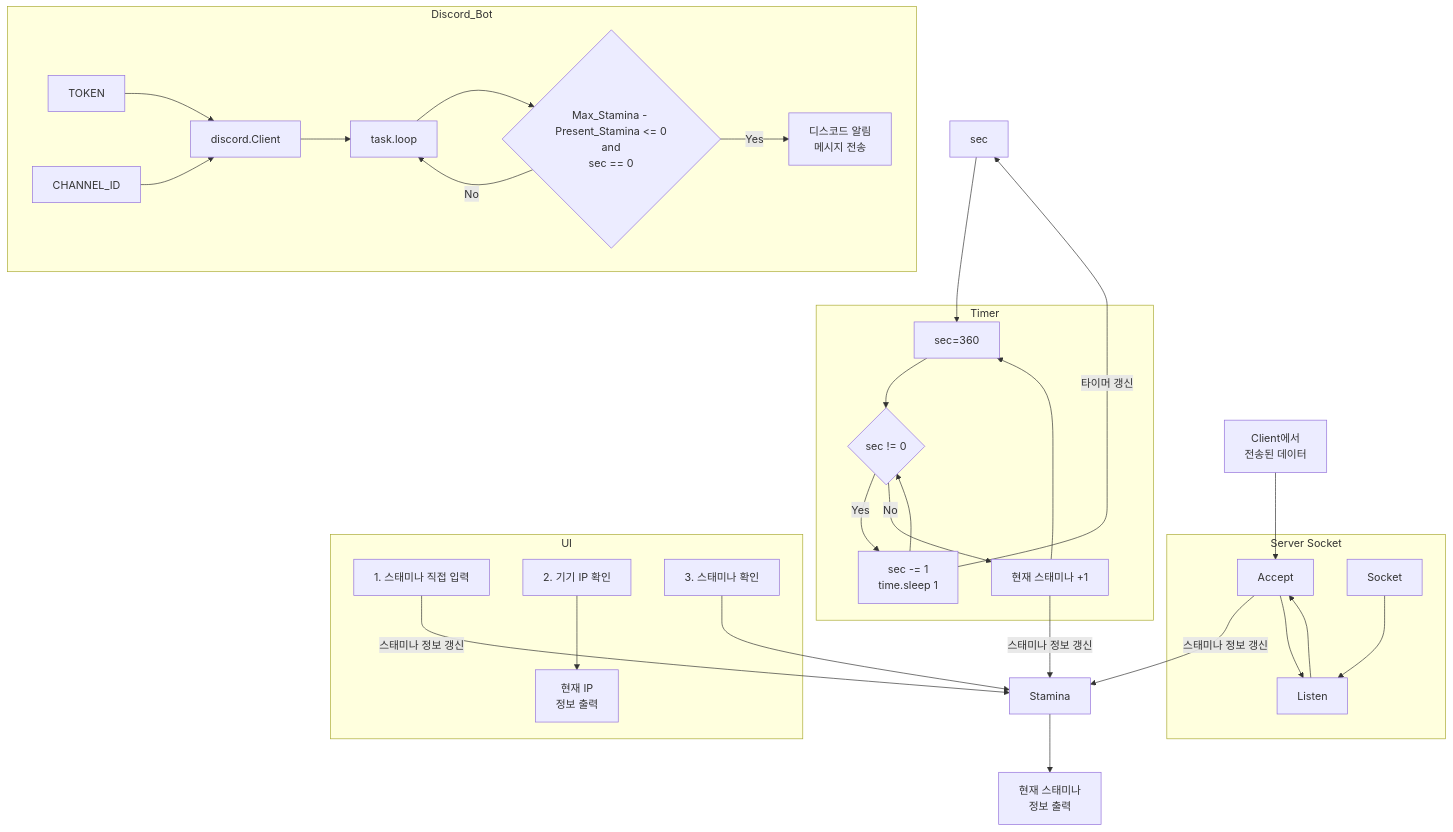
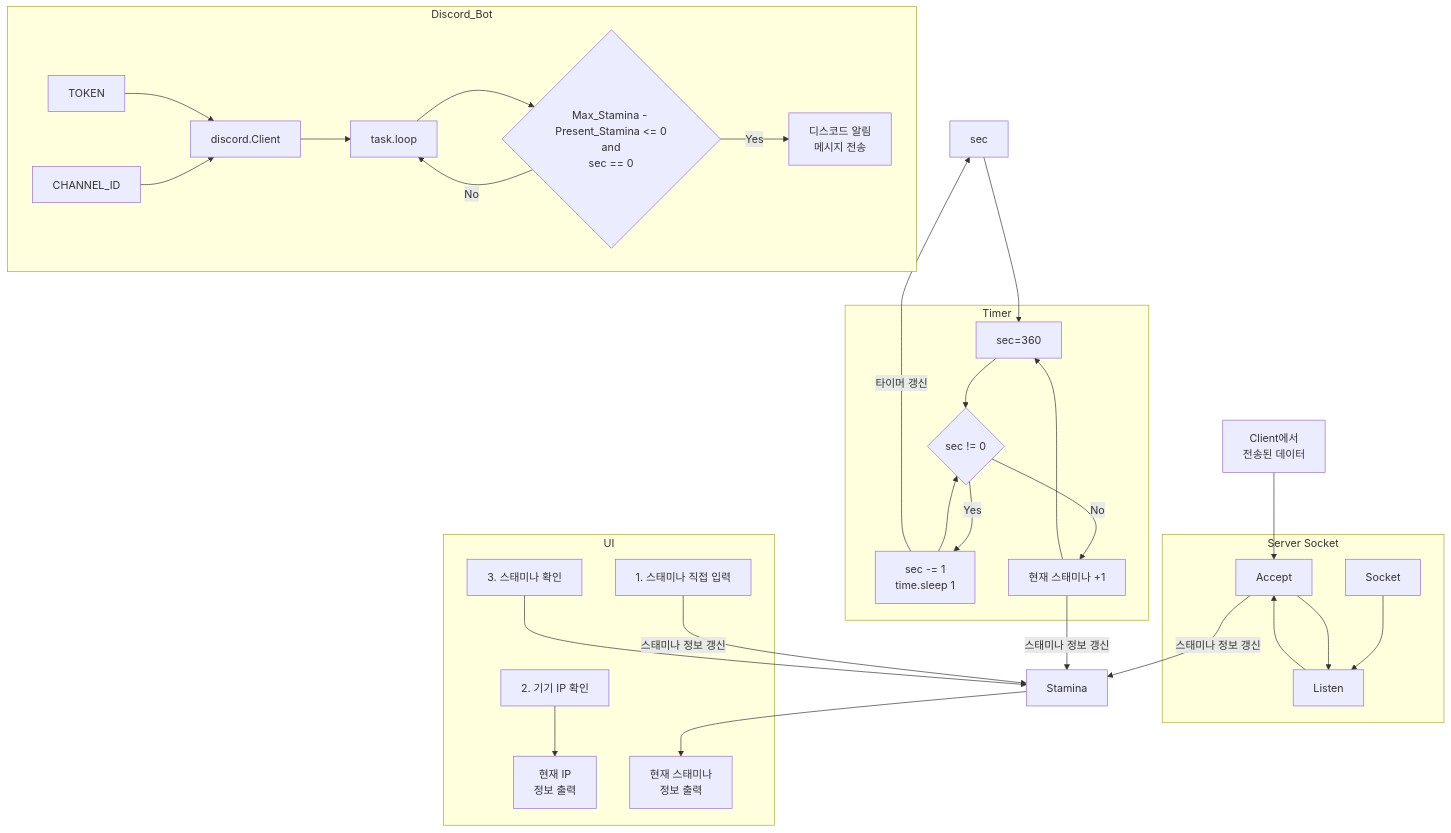
One commit to 201710808/Game-Stamina-Alarm changed the third of 3 diagrams in README.md. Above: the diagram before and after it, drawn with Mermaid.

````diff
--- a/README.md
+++ b/README.md
@@ -55,43 +55,43 @@
 ```mermaid
 graph TB;
     data[Client에서\n전송된 데이터]-->Accept;
 
     subgraph Server Socket;
     Socket-->Listen;
     Listen-->Accept;
     end;
     Accept-->|스태미나 정보 갱신|Stamina;
     Accept-->Listen;
 
     sec-->sec360;
     subgraph Timer;
     sec360[sec=360]-->condition{sec != 0};
     condition-->|"Yes"|process_time[sec -= 1\ntime.sleep 1];
     process_time-->condition;
     condition-->|"No"|sync_stamina[현재 스태미나 +1];
     sync_stamina-->sec360;
     end;
 
     process_time-->|"타이머 갱신"|sec;
     sync_stamina-->|스태미나 정보 갱신|Stamina;
 
     subgraph Discord_Bot;
     TOKEN-->Client[discord.Client];
     CHANNEL_ID-->Client;
     Client-->task.loop;
     task.loop-->discord_condition{Max_Stamina - Present_Stamina <= 0\nand\nsec == 0};
     discord_condition-->|"Yes"|discord_message[디스코드 알림\n메시지 전송]
     discord_condition-->|"No"|task.loop;
     end;
-
-    Stamina-->output_stamina[현재 스태미나\n정보 출력];
     
     subgraph UI;
     input_stamina[1. 스태미나 직접 입력];
     check_ip[2. 기기 IP 확인]-->output_ip[현재 IP\n정보 출력];
     check_stamina[3. 스태미나 확인];
+    output_stamina;
     
     end;
+    input_stamina-->|스태미나 정보 갱신|Stamina;
     check_stamina-->Stamina;
-    input_stamina-->|스태미나 정보 갱신|Stamina;
+    Stamina-->output_stamina[현재 스태미나\n정보 출력];
 ```
````
